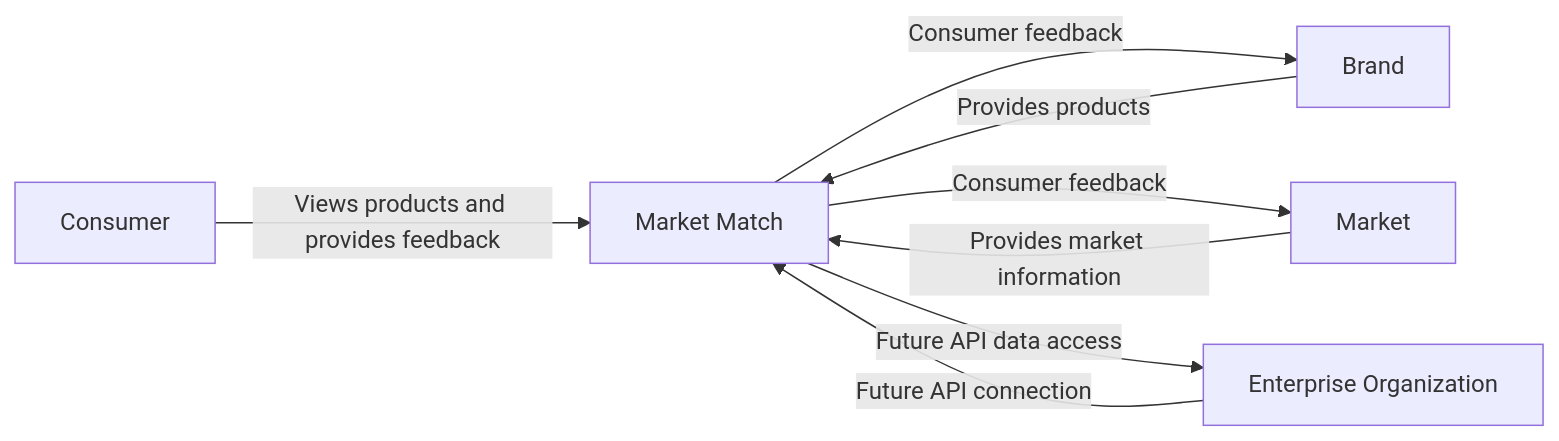
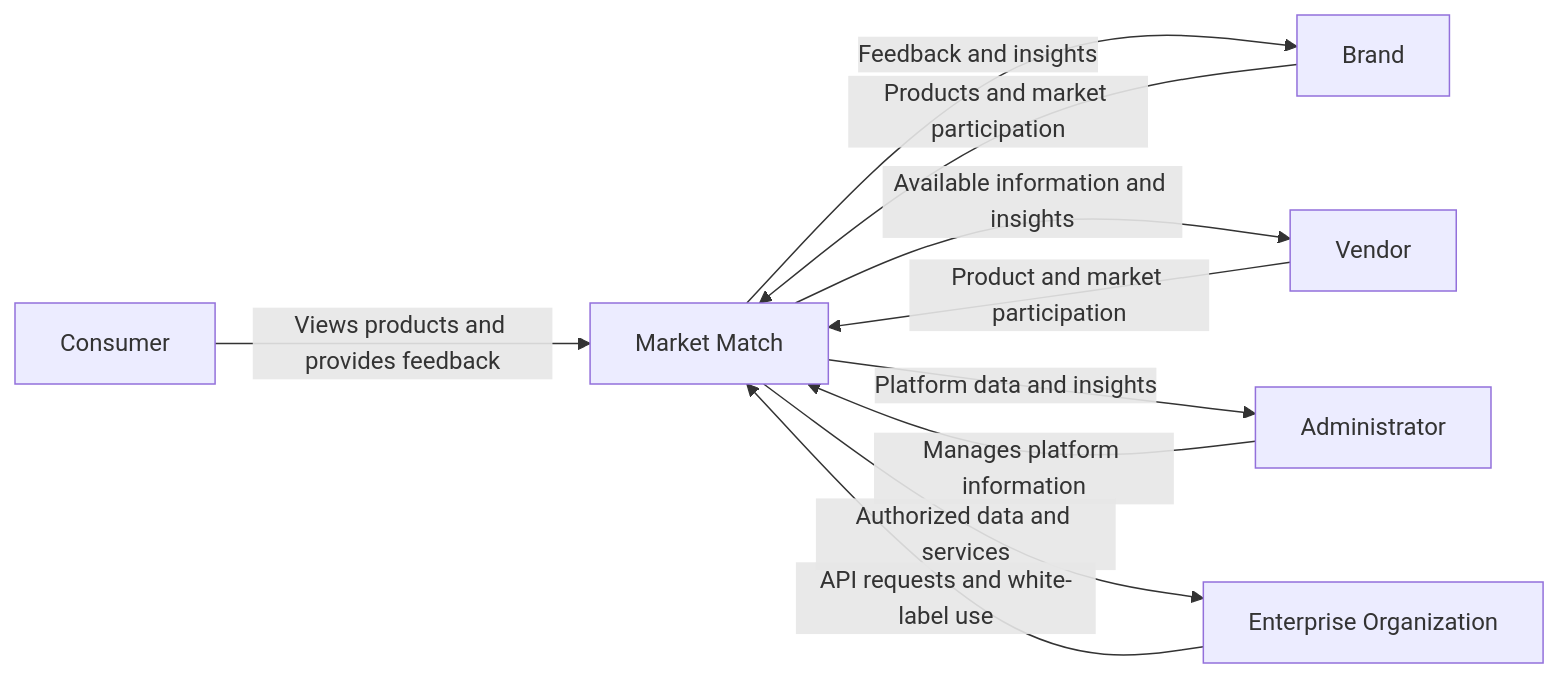
Before and after one commit to gkuchar/cosc-40943-team-11-market-match: the third of 3 diagrams in docs/requirements/vision-and-scope.md, drawn with Mermaid. The commit also changed other lines of this file and 1 other file, not shown here.

````diff
--- a/docs/requirements/vision-and-scope.md
+++ b/docs/requirements/vision-and-scope.md
@@ -344,10 +303,16 @@
 ```mermaid
 flowchart LR
     Consumer[Consumer] -->|Views products and provides feedback| MM[Market Match]
-    Brand[Brand] -->|Provides products| MM
-    MM -->|Consumer feedback| Brand
-    Market[Market] -->|Provides market information| MM
-    MM -->|Consumer feedback| Market
-    Enterprise[Enterprise Organization] -->|Future API connection| MM
-    MM -->|Future API data access| Enterprise
+
+    Brand[Brand] -->|Products and market participation| MM
+    MM -->|Feedback and insights| Brand
+
+    Vendor[Vendor] -->|Product and market participation| MM
+    MM -->|Available information and insights| Vendor
+
+    Admin[Administrator] -->|Manages platform information| MM
+    MM -->|Platform data and insights| Admin
+
+    Enterprise[Enterprise Organization] -->|API requests and white-label use| MM
+    MM -->|Authorized data and services| Enterprise
 ```
````
